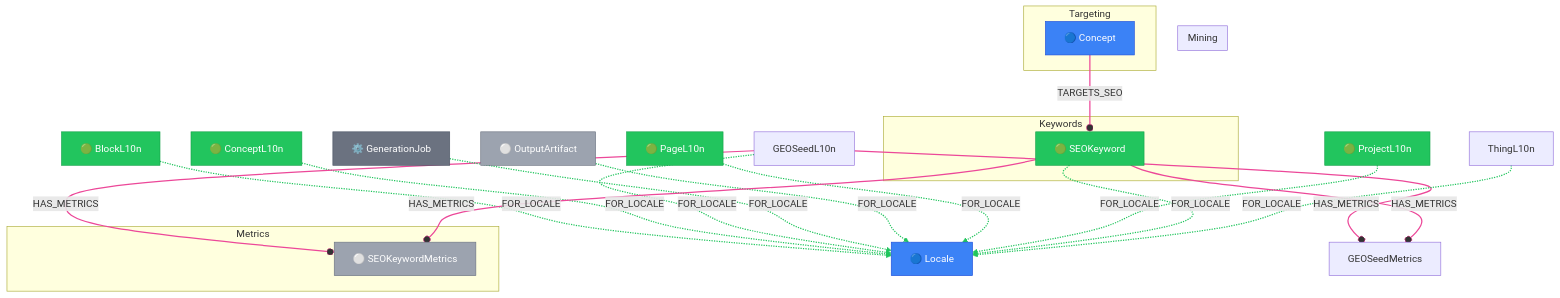
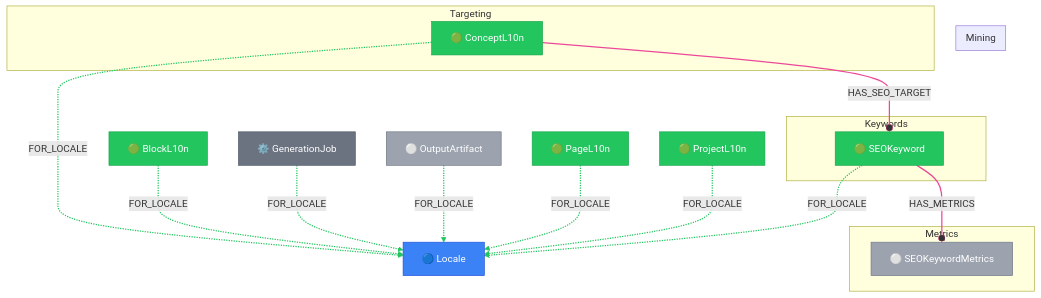
The diagram in packages/core/models/docs/seo-pipeline.md (supernovae-st/novanet), drawn with Mermaid before and after one commit. The commit also changed other lines of this file and 19 other files, not shown here.

First line of the commit message:
docs(v10.1): comprehensive cleanup after SEO architecture refactor

````diff
--- a/packages/core/models/docs/seo-pipeline.md
+++ b/packages/core/models/docs/seo-pipeline.md
@@ -32,68 +31,61 @@
 ```mermaid
 flowchart TB
   %% View: SEO Pipeline (seo-pipeline)
-  %% 10 nodes, 14 edges
+  %% 9 nodes, 9 edges
 
   %% Trait styling (node_trait)
   classDef invariant fill:#3b82f6,stroke:#1d4ed8,color:#fff
   classDef localized fill:#22c55e,stroke:#16a34a,color:#fff
   classDef knowledge fill:#8b5cf6,stroke:#7c3aed,color:#fff
   classDef derived fill:#9ca3af,stroke:#6b7280,color:#fff
   classDef job fill:#6b7280,stroke:#4b5563,color:#fff
 
   subgraph KEYWORDS["Keywords"]
     SEOKeyword["🟢 SEOKeyword"]
   end
 
   subgraph METRICS["Metrics"]
     SEOKeywordMetrics["⚪ SEOKeywordMetrics"]
   end
 
   subgraph MINING["Mining"]
   end
 
   subgraph TARGETING["Targeting"]
-    Concept["🔵 Concept"]
+    ConceptL10n["🟢 ConceptL10n"]
   end
 
   %% Additional reachable nodes
   BlockL10n["🟢 BlockL10n"]
-  ConceptL10n["🟢 ConceptL10n"]
   GenerationJob["⚙️ GenerationJob"]
   Locale["🔵 Locale"]
   OutputArtifact["⚪ OutputArtifact"]
   PageL10n["🟢 PageL10n"]
   ProjectL10n["🟢 ProjectL10n"]
 
   %% Relationships (styled by arc family)
   BlockL10n -.->|FOR_LOCALE| Locale
-  Concept --o|TARGETS_SEO| SEOKeyword
   ConceptL10n -.->|FOR_LOCALE| Locale
-  GEOSeedL10n -.->|FOR_LOCALE| Locale
-  GEOSeedL10n --o|HAS_METRICS| GEOSeedMetrics
-  GEOSeedL10n --o|HAS_METRICS| SEOKeywordMetrics
+  ConceptL10n --o|HAS_SEO_TARGET| SEOKeyword
   GenerationJob -.->|FOR_LOCALE| Locale
   OutputArtifact -.->|FOR_LOCALE| Locale
   PageL10n -.->|FOR_LOCALE| Locale
   ProjectL10n -.->|FOR_LOCALE| Locale
   SEOKeyword -.->|FOR_LOCALE| Locale
-  SEOKeyword --o|HAS_METRICS| GEOSeedMetrics
   SEOKeyword --o|HAS_METRICS| SEOKeywordMetrics
-  ThingL10n -.->|FOR_LOCALE| Locale
 
   %% Edge colors by family
-  linkStyle 0,2,3,6,7,8,9,10,13 stroke:#22c55e,stroke-width:2px
-  linkStyle 1,4,5,11,12 stroke:#ec4899,stroke-width:2px
+  linkStyle 0,1,3,4,5,6,7 stroke:#22c55e,stroke-width:2px
+  linkStyle 2,8 stroke:#ec4899,stroke-width:2px
 
   %% Class assignments
   class BlockL10n localized
-  class Concept invariant
   class ConceptL10n localized
   class GenerationJob job
   class Locale invariant
   class OutputArtifact derived
   class PageL10n localized
   class ProjectL10n localized
   class SEOKeyword localized
   class SEOKeywordMetrics derived
 ```
````
